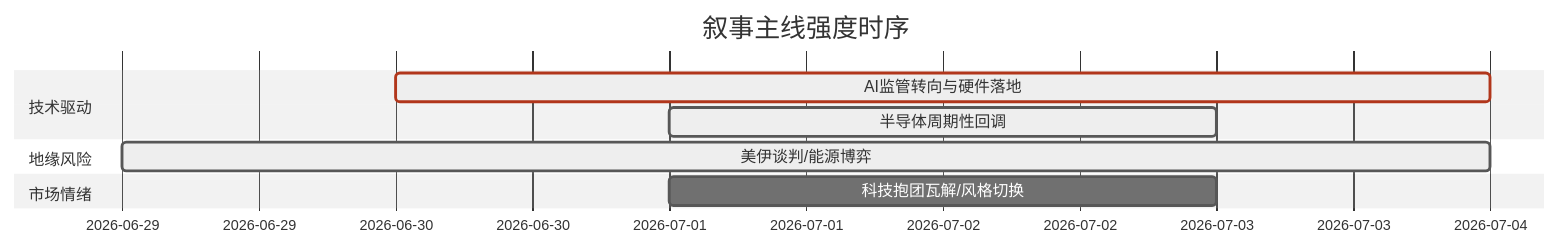
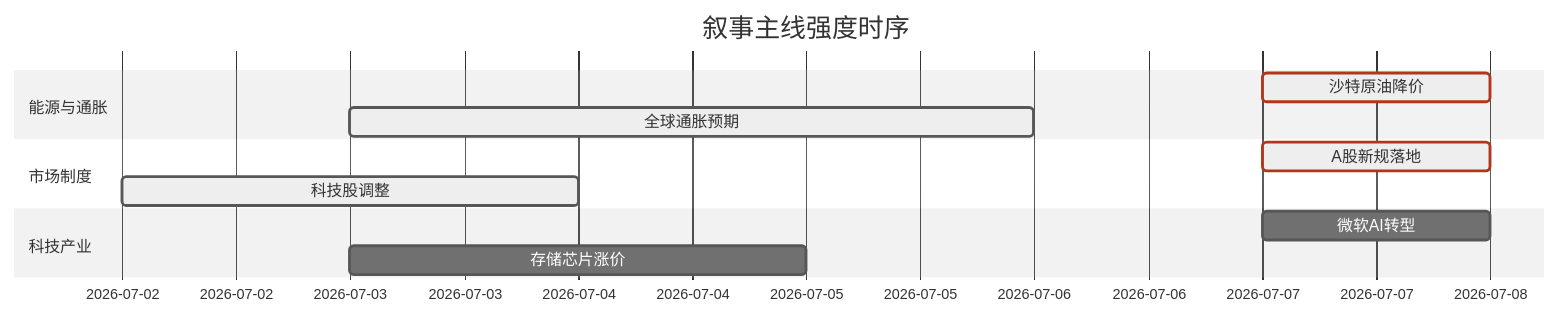
The diagram in 5day_report.md (uu5zn/uu5zn.github.io), drawn with Mermaid (neutral theme) before and after one commit. The commit also changed other lines of this file and 24 other files, not shown here.

````diff
--- a/5day_report.md
+++ b/5day_report.md
@@ -54,14 +54,16 @@
 ```mermaid
 gantt
     title 叙事主线强度时序
     dateFormat  YYYY-MM-DD
-    section 技术驱动
-    AI监管转向与硬件落地   :crit, active, 2026-06-30, 4d
-    半导体周期性回调       :active, 2026-07-01, 2d
+    section 能源与通胀
+    沙特原油降价   :crit, active, 2026-07-07, 1d
+    全球通胀预期   :active, 2026-07-03, 3d
     
-    section 地缘风险
-    美伊谈判/能源博弈     :active, 2026-06-29, 5d
+    section 市场制度
+    A股新规落地     :crit, active, 2026-07-07, 1d
+    科技股调整       :active, 2026-07-02, 2d
     
-    section 市场情绪
-    科技抱团瓦解/风格切换   :2026-07-01, 2d
+    section 科技产业
+    微软AI转型       :2026-07-07, 1d
+    存储芯片涨价     :2026-07-03, 2d
 ```
````
